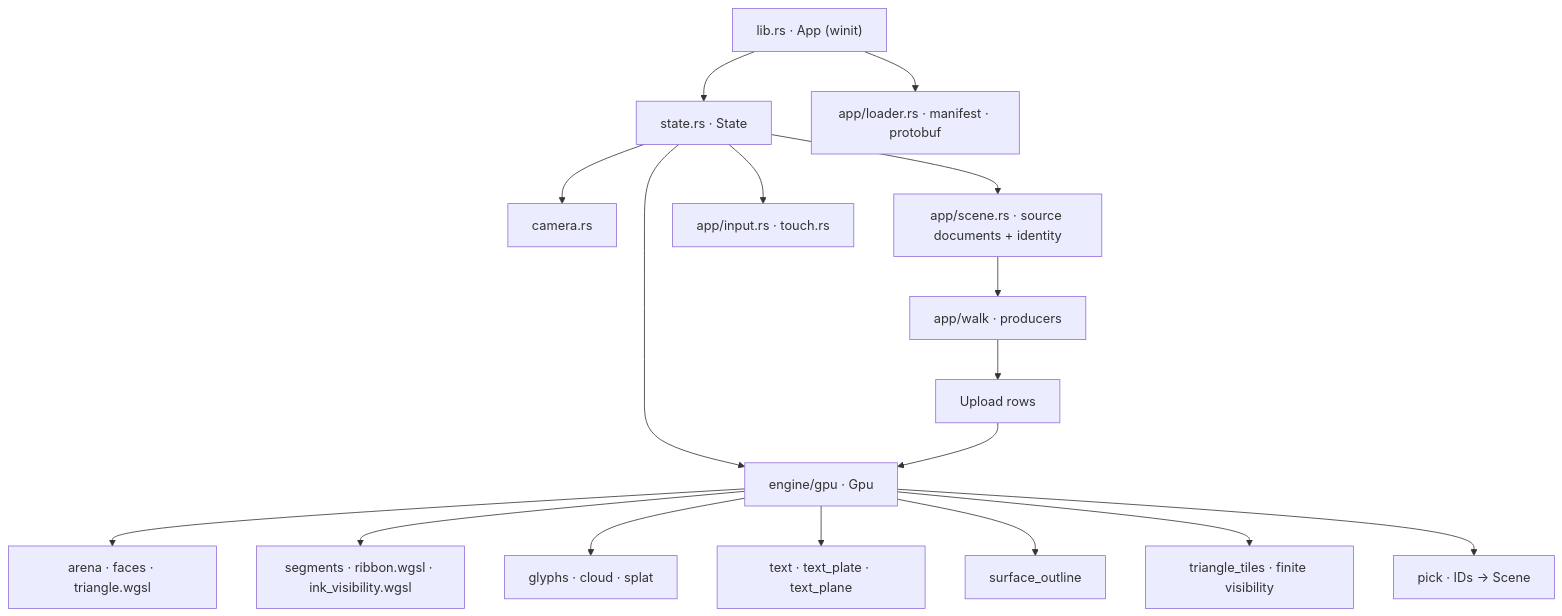
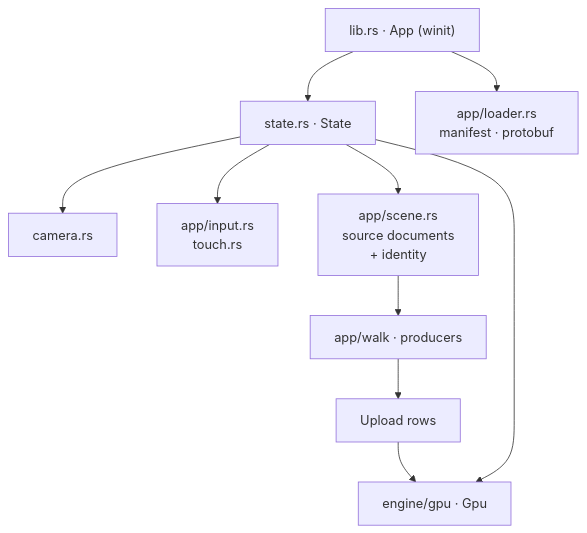
One commit to petrasvestartas/session changed the first of 2 diagrams in session_viewer/docs/README.md. Above: the diagram before and after it, drawn with Mermaid. The commit also changed other lines of this file and 34 other files, not shown here.

First line of the commit message:
Course: each lesson teaches its file's final form; diagrams fit the column

````diff
--- a/session_viewer/docs/README.md
+++ b/session_viewer/docs/README.md
@@ -7,19 +9,12 @@
 ```mermaid
-graph TD
+flowchart TB
     App["lib.rs · App (winit)"] --> State["state.rs · State"]
+    App --> Loader["app/loader.rs<br>manifest · protobuf"]
     State --> Camera["camera.rs"]
-    State --> Scene["app/scene.rs · source documents + identity"]
-    State --> Gpu["engine/gpu · Gpu"]
-    State --> Input["app/input.rs · touch.rs"]
-    App --> Loader["app/loader.rs · manifest · protobuf"]
+    State --> Input["app/input.rs<br>touch.rs"]
+    State --> Scene["app/scene.rs<br>source documents<br>+ identity"]
     Scene --> Walk["app/walk · producers"]
     Walk --> Upload["Upload rows"]
-    Upload --> Gpu
-    Gpu --> Faces["arena · faces · triangle.wgsl"]
-    Gpu --> Ink["segments · ribbon.wgsl · ink_visibility.wgsl"]
-    Gpu --> Points["glyphs · cloud · splat"]
-    Gpu --> Text["text · text_plate · text_plane"]
-    Gpu --> Outline["surface_outline"]
-    Gpu --> Tiles["triangle_tiles · finite visibility"]
-    Gpu --> Pick["pick · IDs → Scene"]
+    Upload --> Gpu["engine/gpu · Gpu"]
+    State --> Gpu
 ```
````
